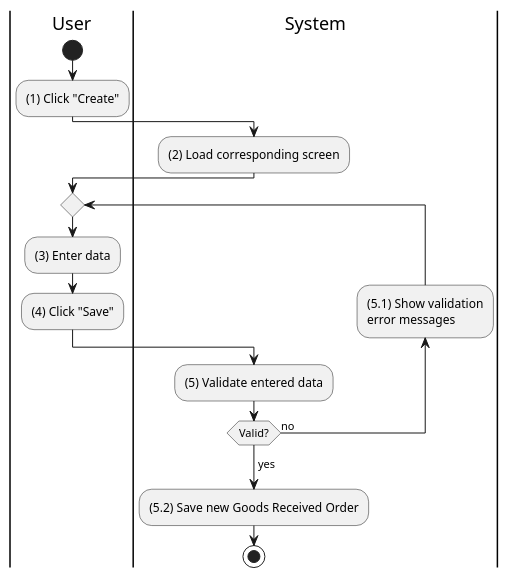
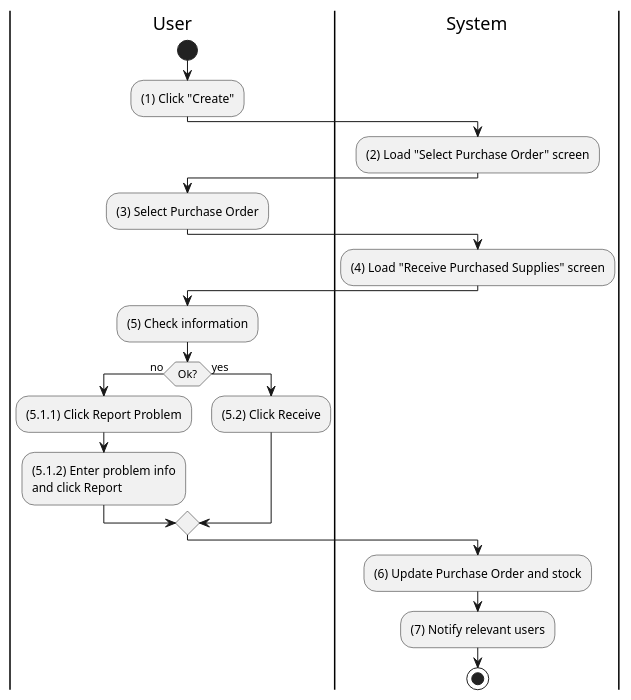
Before and after one commit to phihungha/scmss-reqs: the diagram in activities/inventory-supply-receive.plantuml, drawn with PlantUML. The commit also changed 13 other files, not shown here.

```diff
--- a/activities/inventory-supply-receive.plantuml
+++ b/activities/inventory-supply-receive.plantuml
@@ -1,24 +1,34 @@
 @startuml inventory-supply-receive
 |u|User
 |s|System
 
 |u|
 start
 :(1) Click "Create";
 
 |s|
-:(2) Load corresponding screen;
+:(2) Load "Select Purchase Order" screen;
 
 |u|
-repeat
-    :(3) Enter data;
-    :(4) Click "Save";
-    |s|
-    :(5) Validate entered data;
-    backward:(5.1) Show validation
-    error messages;
-repeat while (Valid?) is (no)
-->yes;
-:(5.2) Save new Goods Received Order;
+:(3) Select Purchase Order;
+
+|s|
+:(4) Load "Receive Purchased Supplies" screen;
+
+|u|
+:(5) Check information;
+
+if (Ok?) then (no)
+    |u|
+    :(5.1.1) Click Report Problem;
+    :(5.1.2) Enter problem info\nand click Report;
+else (yes)
+    |u|
+    :(5.2) Click Receive;
+endif
+
+|s|
+:(6) Update Purchase Order and stock;
+:(7) Notify relevant users;
 stop
 @enduml
```
